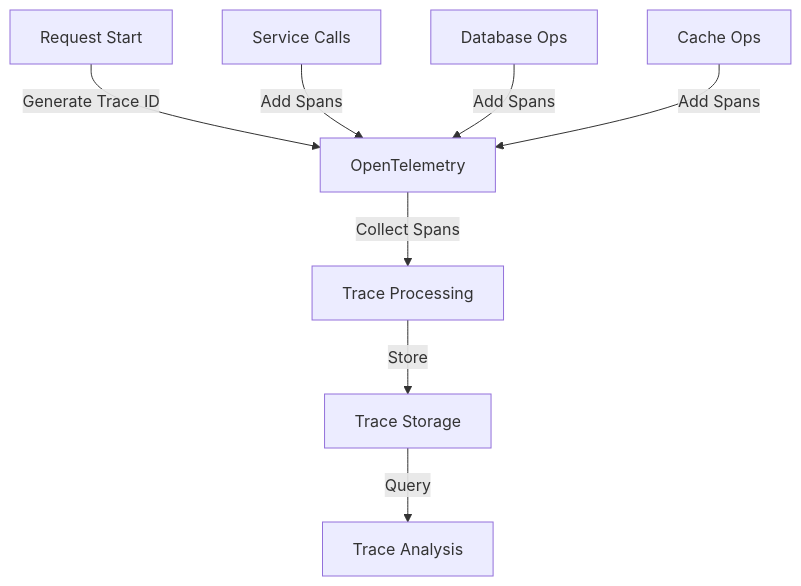
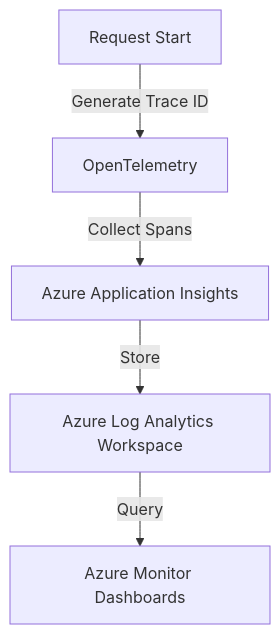
Before and after one commit to UCLH-Digital-Innovation-Hub/Xhuma: the sixth of 12 diagrams in docs/data_flow.md, drawn with Mermaid. The commit also changed other lines of this file and 2 other files, not shown here.

Commit message:
docs: sanitise generic resource names and align technical architecture flows

````diff
--- a/docs/data_flow.md
+++ b/docs/data_flow.md
@@ -66,11 +70,7 @@
 ```mermaid
 flowchart TD
     A[Request Start] -->|Generate Trace ID| B[OpenTelemetry]
-    B -->|Collect Spans| C[Trace Processing]
-    C -->|Store| D[Trace Storage]
-    D -->|Query| E[Trace Analysis]
-
-    F[Service Calls] -->|Add Spans| B
-    G[Database Ops] -->|Add Spans| B
-    H[Cache Ops] -->|Add Spans| B
+    B -->|Collect Spans| C[Azure Application Insights]
+    C -->|Store| D[Azure Log Analytics Workspace]
+    D -->|Query| E[Azure Monitor Dashboards]
 ```
````
